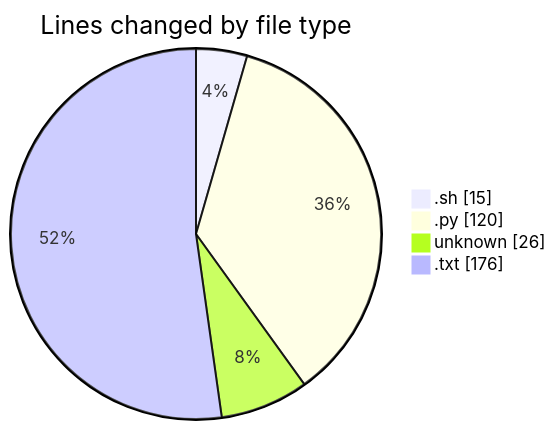
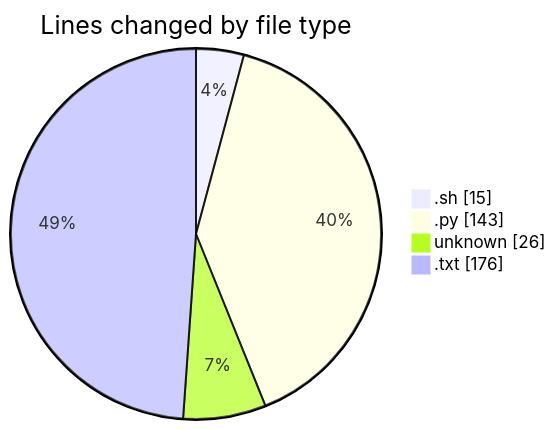
Before and after one commit to momahboobian/code-tracking: the first of 2 diagrams in 2025-01-25/samplepdf/README.md, drawn with Mermaid. The commit also changed other lines of this file and 1 other file, not shown here.

````diff
--- a/2025-01-25/samplepdf/README.md
+++ b/2025-01-25/samplepdf/README.md
@@ -26,8 +26,8 @@
 ```mermaid
 pie showData
 title Lines changed by file type
 ".sh" : 15
-".py" : 120
+".py" : 143
 "unknown" : 26
 ".txt" : 176
 ```
````
